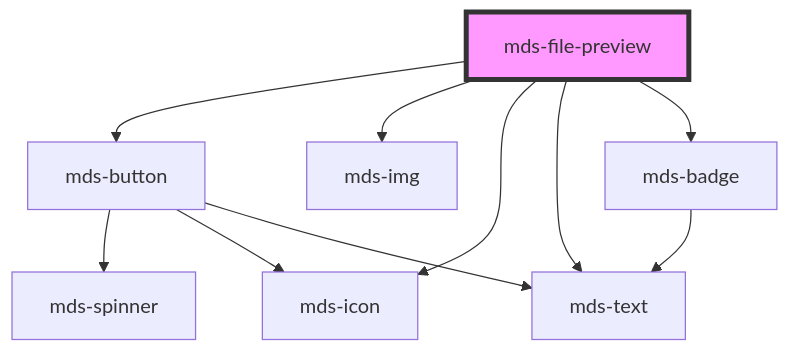
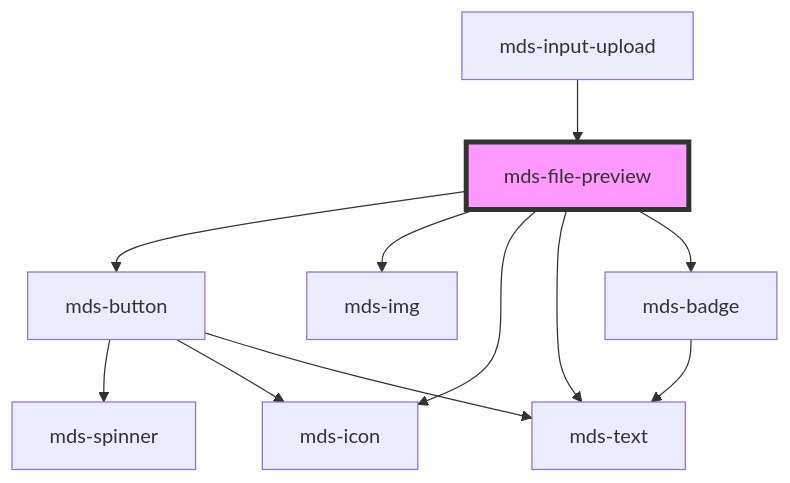
One commit to magma-design-system/magma changed the diagram in projects/stencil/src/components/mds-file-preview/readme.md. Above: the diagram before and after it, drawn with Mermaid. The commit also changed other lines of this file and 1 other file, not shown here.

Commit message:
chore(mds-file-preview): filesize accept number

````diff
--- a/projects/stencil/src/components/mds-file-preview/readme.md
+++ b/projects/stencil/src/components/mds-file-preview/readme.md
@@ -50,13 +54,14 @@
 ```mermaid
 graph TD;
   mds-file-preview --> mds-button
   mds-file-preview --> mds-img
   mds-file-preview --> mds-icon
   mds-file-preview --> mds-text
   mds-file-preview --> mds-badge
   mds-button --> mds-spinner
   mds-button --> mds-icon
   mds-button --> mds-text
   mds-badge --> mds-text
+  mds-input-upload --> mds-file-preview
   style mds-file-preview fill:#f9f,stroke:#333,stroke-width:4px
 ```
````
